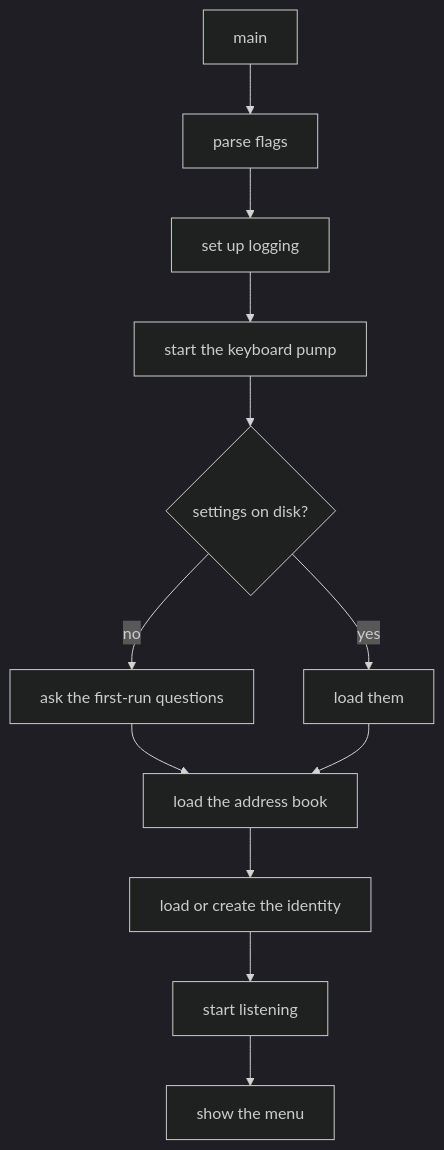
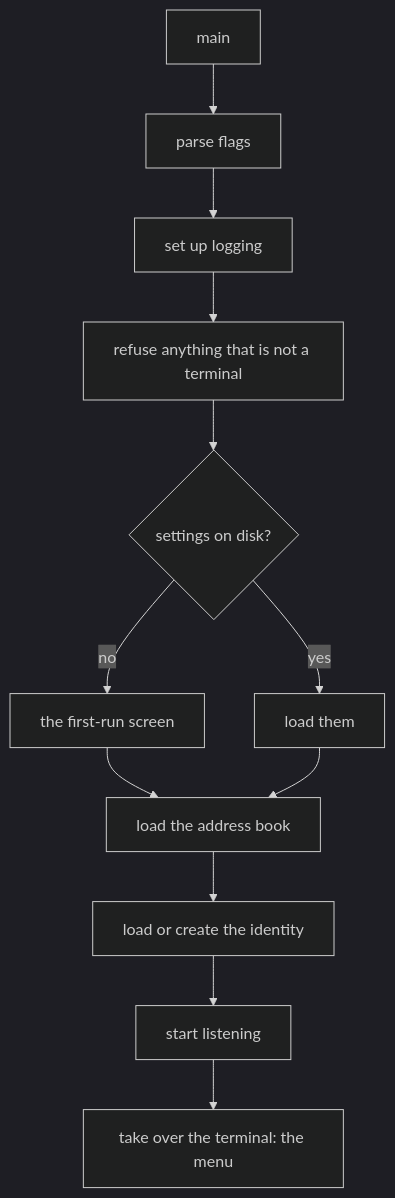
One commit to Serajian/homa changed the second of 3 diagrams in docs/architecture.md. Above: the diagram before and after it, drawn with Mermaid (dark theme). The commit also changed other lines of this file and 7 other files, not shown here.

````diff
--- a/docs/architecture.md
+++ b/docs/architecture.md
@@ -71,14 +72,14 @@
 ```mermaid
 flowchart TD
     A[main] --> B[parse flags]
     B --> C[set up logging]
-    C --> D[start the keyboard pump]
+    C --> D[refuse anything that is not a terminal]
     D --> E{settings on disk?}
-    E -- no --> F[ask the first-run questions]
+    E -- no --> F[the first-run screen]
     E -- yes --> G[load them]
     F --> H[load the address book]
     G --> H
     H --> I[load or create the identity]
     I --> J[start listening]
-    J --> K[show the menu]
+    J --> K[take over the terminal: the menu]
 ```
````
